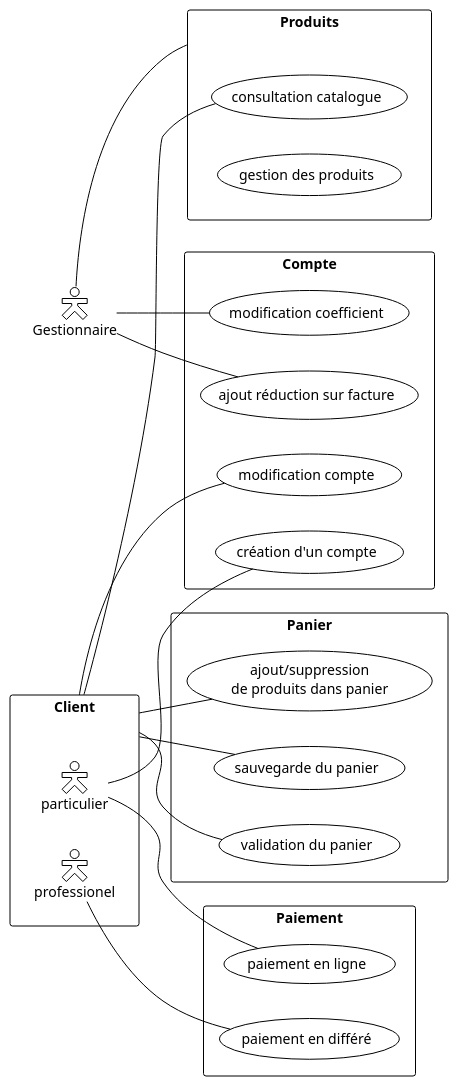
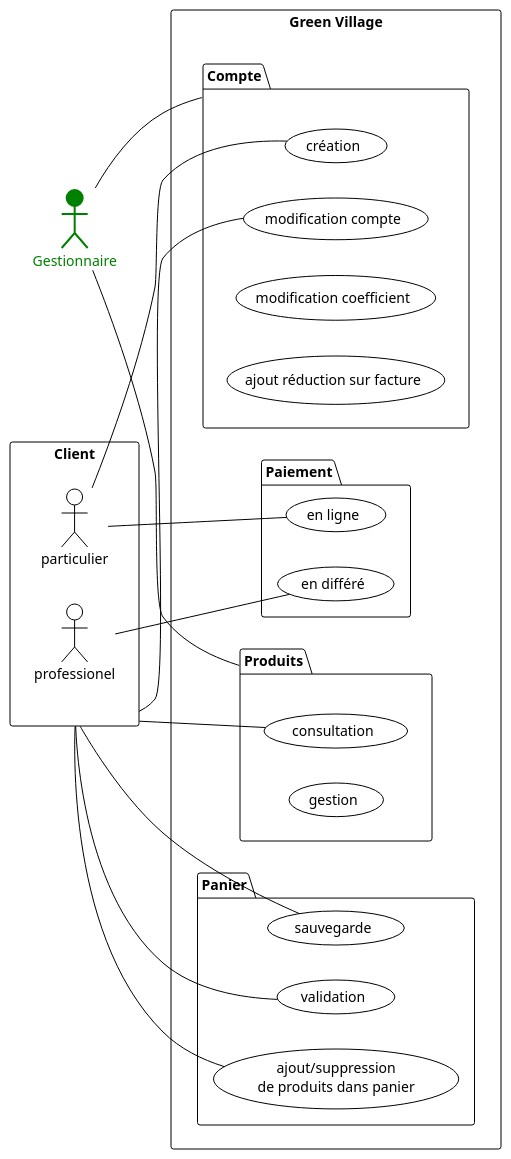
Before and after one commit to teegre/CDA22075: the diagram in A_fil_rouge/4_uml/4_uml.puml, drawn with PlantUML. The commit also changed 1 other file, not shown here.

```diff
--- a/A_fil_rouge/4_uml/4_uml.puml
+++ b/A_fil_rouge/4_uml/4_uml.puml
@@ -1,58 +1,43 @@
 @startuml
+
 !theme plain
-skinparam actorStyle hollow
-
+'skinparam actorStyle hollow
 left to right direction
 
-actor Gestionnaire as G
+actor Gestionnaire as G #green;line:green;line.bold;text:green
 rectangle Client as C {
   :particulier: as Par
   :professionel: as Pro
 }
 
-'rectangle "Gestion produits" {
-'  G -> (ajout)
-'  G -> (modification)
-'  G -> (effacement)
-'}
-'
-'rectangle "Gestion comptes clients pros" {
-'  G -> (création de compte)
-'  G -> (modification coefficient)
-'  G -> (ajout réduction sur facture)
-'}
-rectangle Produits as P {
-  C -- (consultation catalogue)
-  (gestion des produits)
+rectangle "Green Village" {
+
+  package Produits as P {
+    C -- (consultation)
+    (gestion)
+  } 
+
+  package "Panier" {
+    C -- (ajout/suppression\nde produits dans panier)
+    C -- (sauvegarde)
+    C -- (validation)
+  }
+
+  package "Paiement" {
+    Par -- (en ligne)
+    Pro -- (en différé)
+  }
+
+  package "Compte" as CP {
+
+     Par -- (création)
+     C -- (modification compte)
+     (modification coefficient)
+     (ajout réduction sur facture)
+  }
 }
 
+G -- CP
 G -- P
 
-rectangle "Panier" {
-  C -- (ajout/suppression\nde produits dans panier)
-  C -- (sauvegarde du panier)
-  C -- (validation du panier)
-}
-
-rectangle "Paiement" {
-  Par -- (paiement en ligne)
-  Pro -- (paiement en différé)
-}
-
-rectangle "Compte" {
-
-   Par -- (création d'un compte)
-   C -- (modification compte)
-   G -- (modification coefficient)
-   G -- (ajout réduction sur facture)
-}
-
-'actor Utilisateur as U
-'actor Particulier as  CPa
-'actor Professionel as CPr
-'U -|> C
-'U -|> G
-'C -|> CPa
-'C -|> CPr
-
 @enduml
```
